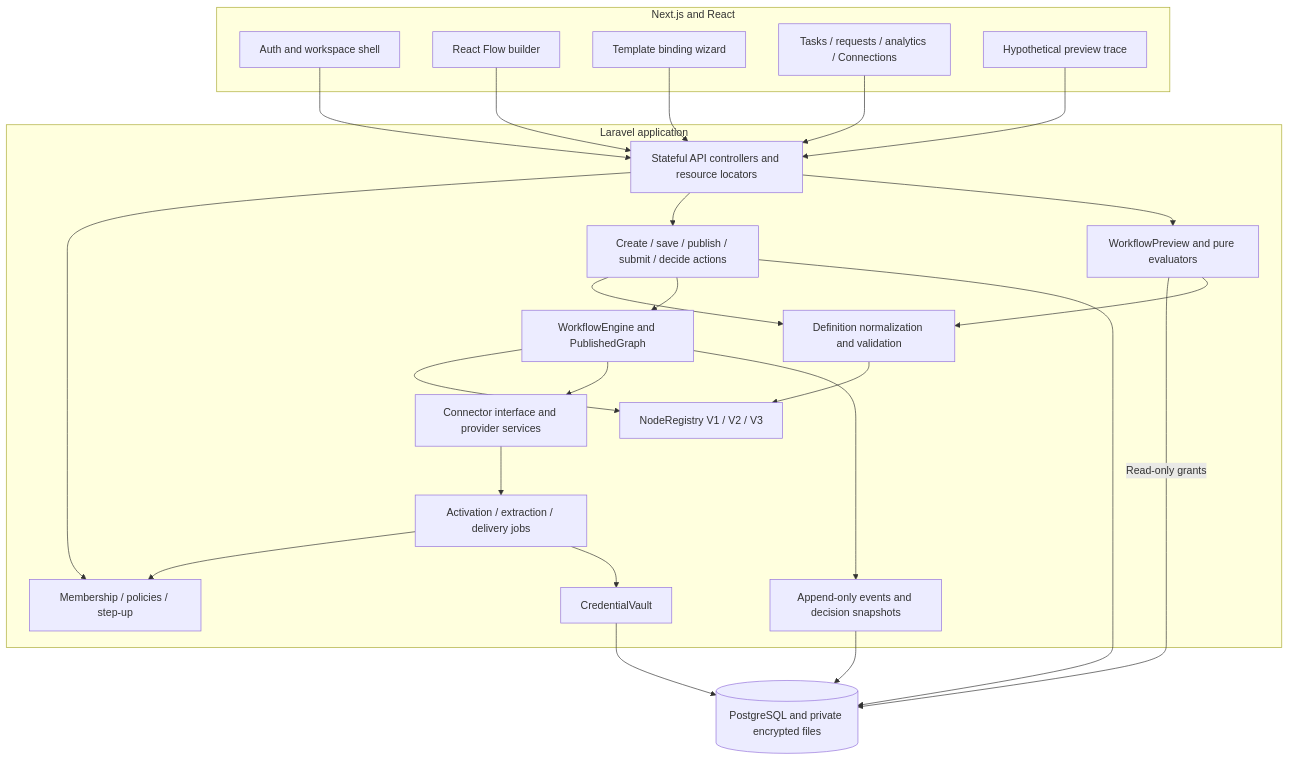
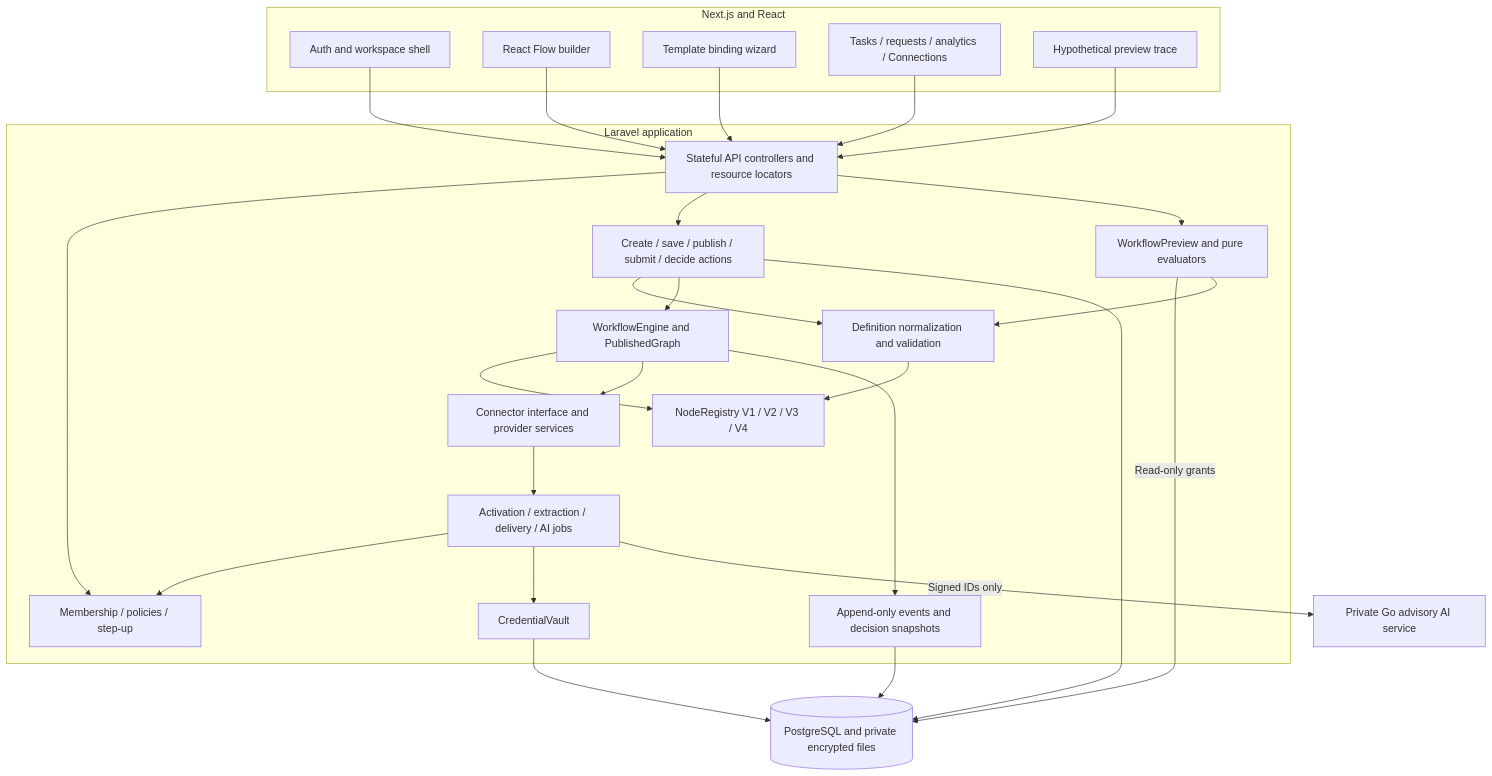
One commit to AahilSomethin/FlowMV changed the diagram in docs/diagrams/component-architecture.md. Above: the diagram before and after it, drawn with Mermaid. The commit also changed other lines of this file and 61 other files, not shown here.

````diff
--- a/docs/diagrams/component-architecture.md
+++ b/docs/diagrams/component-architecture.md
@@ -3,46 +3,48 @@
 ```mermaid
 flowchart TB
   subgraph Frontend[Next.js and React]
     Shell[Auth and workspace shell]
     Builder[React Flow builder]
     Library[Template binding wizard]
     Views[Tasks / requests / analytics / Connections]
     PreviewUI[Hypothetical preview trace]
   end
   subgraph Laravel[Laravel application]
     Routes[Stateful API controllers and resource locators]
     Policies[Membership / policies / step-up]
     Actions[Create / save / publish / submit / decide actions]
-    Registry[NodeRegistry V1 / V2 / V3]
+    Registry[NodeRegistry V1 / V2 / V3 / V4]
     Normalize[Definition normalization and validation]
     Engine[WorkflowEngine and PublishedGraph]
     Pure[WorkflowPreview and pure evaluators]
     Connectors[Connector interface and provider services]
-    Jobs[Activation / extraction / delivery jobs]
+    Jobs[Activation / extraction / delivery / AI jobs]
     Audit[Append-only events and decision snapshots]
     Vault[CredentialVault]
   end
+  Go[Private Go advisory AI service]
   Store[(PostgreSQL and private encrypted files)]
   Shell --> Routes
   Builder --> Routes
   Library --> Routes
   Views --> Routes
   PreviewUI --> Routes
   Routes --> Policies
   Routes --> Actions
   Routes --> Pure
   Actions --> Normalize
   Normalize --> Registry
   Actions --> Engine
   Engine --> Registry
   Engine --> Connectors
   Engine --> Audit
   Connectors --> Jobs
   Jobs --> Policies
   Jobs --> Vault
+  Jobs -->|Signed IDs only| Go
   Audit --> Store
   Actions --> Store
   Vault --> Store
   Pure -->|Read-only grants| Store
   Pure --> Normalize
 ```
````
